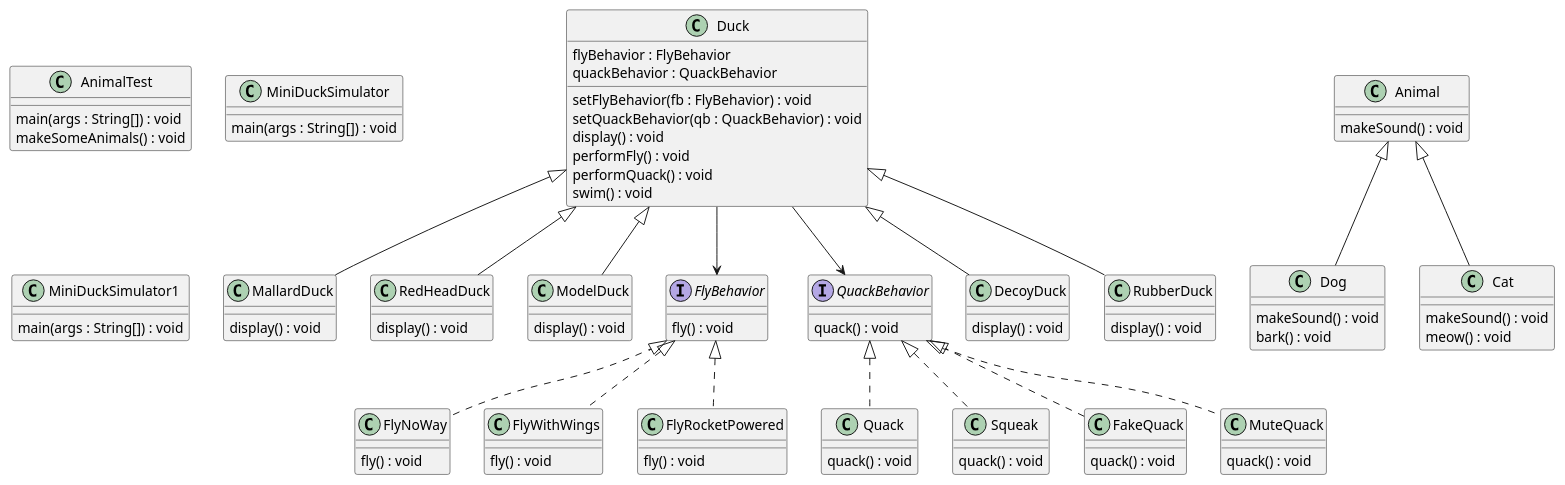
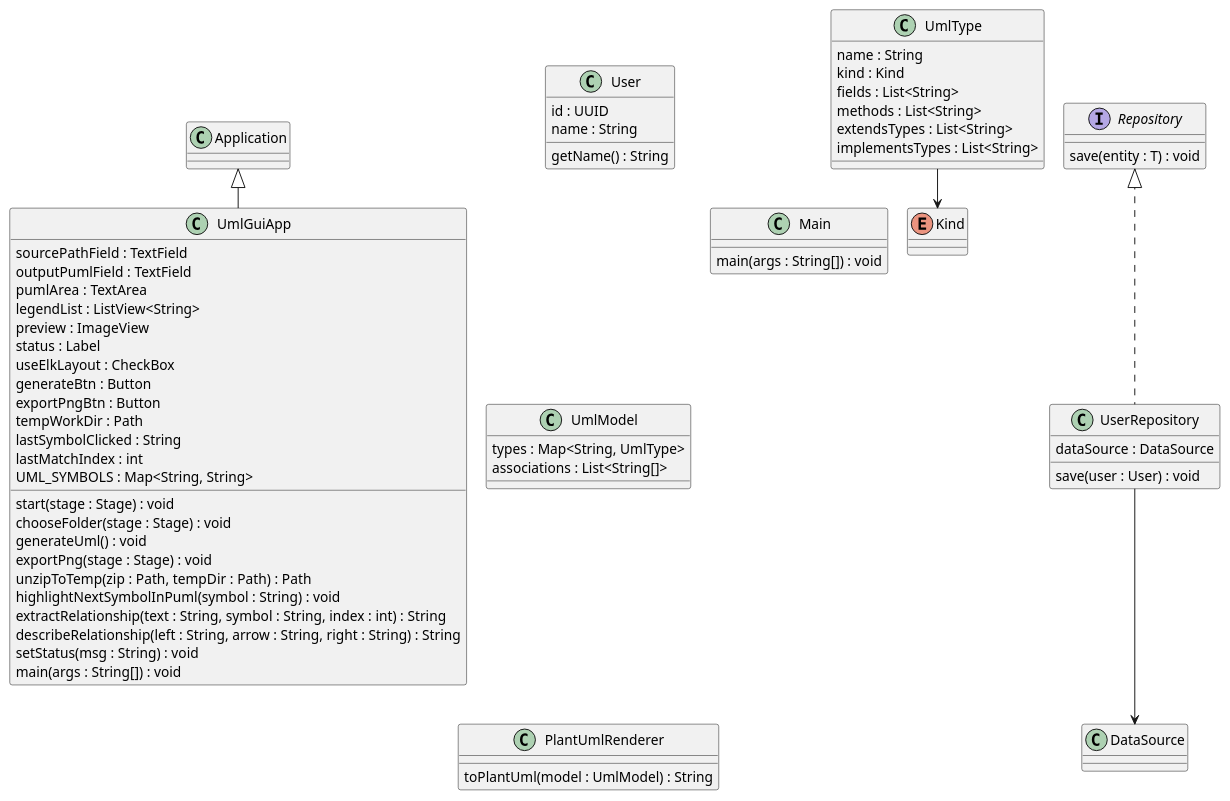
Before and after one commit to jcastillo0220/Source_Code_Visualizer.SE1-Final: the diagram in diagram.puml, drawn with PlantUML. The commit also changed 23 other files, not shown here.

```diff
--- a/diagram.puml
+++ b/diagram.puml
@@ -1,92 +1,67 @@
 @startuml
+!pragma layout elk
 skinparam classAttributeIconSize 0
-class MallardDuck {
-  display() : void
+class DataSource {
 }
-Duck <|-- MallardDuck
-class RedHeadDuck {
-  display() : void
+interface Repository {
+  save(entity : T) : void
 }
-Duck <|-- RedHeadDuck
-class ModelDuck {
-  display() : void
+class User {
+  id : UUID
+  name : String
+  getName() : String
 }
-Duck <|-- ModelDuck
-interface FlyBehavior {
-  fly() : void
+class UserRepository {
+  dataSource : DataSource
+  save(user : User) : void
 }
-class Quack {
-  quack() : void
-}
-QuackBehavior <|.. Quack
-interface QuackBehavior {
-  quack() : void
-}
-class Squeak {
-  quack() : void
-}
-QuackBehavior <|.. Squeak
-class FlyNoWay {
-  fly() : void
-}
-FlyBehavior <|.. FlyNoWay
-class FakeQuack {
-  quack() : void
-}
-QuackBehavior <|.. FakeQuack
-class AnimalTest {
-  main(args : String[]) : void
-  makeSomeAnimals() : void
-}
-class Animal {
-  makeSound() : void
-}
-class Dog {
-  makeSound() : void
-  bark() : void
-}
-Animal <|-- Dog
-class Cat {
-  makeSound() : void
-  meow() : void
-}
-Animal <|-- Cat
-class MuteQuack {
-  quack() : void
-}
-QuackBehavior <|.. MuteQuack
-class Duck {
-  flyBehavior : FlyBehavior
-  quackBehavior : QuackBehavior
-  setFlyBehavior(fb : FlyBehavior) : void
-  setQuackBehavior(qb : QuackBehavior) : void
-  display() : void
-  performFly() : void
-  performQuack() : void
-  swim() : void
-}
-class DecoyDuck {
-  display() : void
-}
-Duck <|-- DecoyDuck
-class FlyWithWings {
-  fly() : void
-}
-FlyBehavior <|.. FlyWithWings
-class FlyRocketPowered {
-  fly() : void
-}
-FlyBehavior <|.. FlyRocketPowered
-class MiniDuckSimulator {
+Repository <|.. UserRepository
+class UmlGuiApp {
+  sourcePathField : TextField
+  outputPumlField : TextField
+  pumlArea : TextArea
+  legendList : ListView<String>
+  preview : ImageView
+  status : Label
+  useElkLayout : CheckBox
+  generateBtn : Button
+  exportPngBtn : Button
+  tempWorkDir : Path
+  lastSymbolClicked : String
+  lastMatchIndex : int
+  UML_SYMBOLS : Map<String, String>
+  start(stage : Stage) : void
+  chooseFolder(stage : Stage) : void
+  generateUml() : void
+  exportPng(stage : Stage) : void
+  unzipToTemp(zip : Path, tempDir : Path) : Path
+  highlightNextSymbolInPuml(symbol : String) : void
+  extractRelationship(text : String, symbol : String, index : int) : String
+  describeRelationship(left : String, arrow : String, right : String) : String
+  setStatus(msg : String) : void
   main(args : String[]) : void
 }
-class MiniDuckSimulator1 {
+Application <|-- UmlGuiApp
+class Main {
   main(args : String[]) : void
 }
-class RubberDuck {
-  display() : void
+class UmlModel {
+  types : Map<String, UmlType>
+  associations : List<String[]>
 }
-Duck <|-- RubberDuck
-Duck --> FlyBehavior
-Duck --> QuackBehavior
+class UmlType {
+  name : String
+  kind : Kind
+  fields : List<String>
+  methods : List<String>
+  extendsTypes : List<String>
+  implementsTypes : List<String>
+}
+enum Kind {
+}
+class PlantUmlRenderer {
+  toPlantUml(model : UmlModel) : String
+}
+UserRepository --> DataSource
+UmlType --> Kind
 @enduml
```
